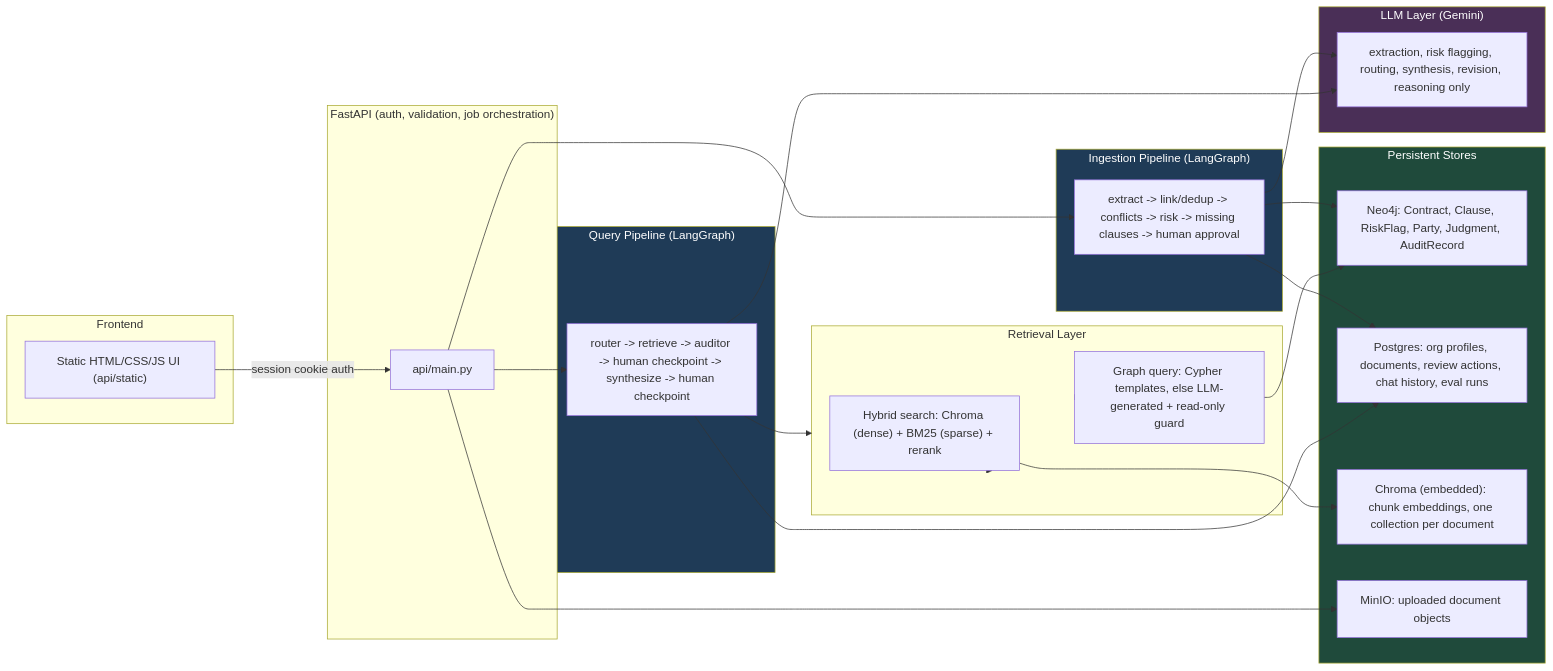
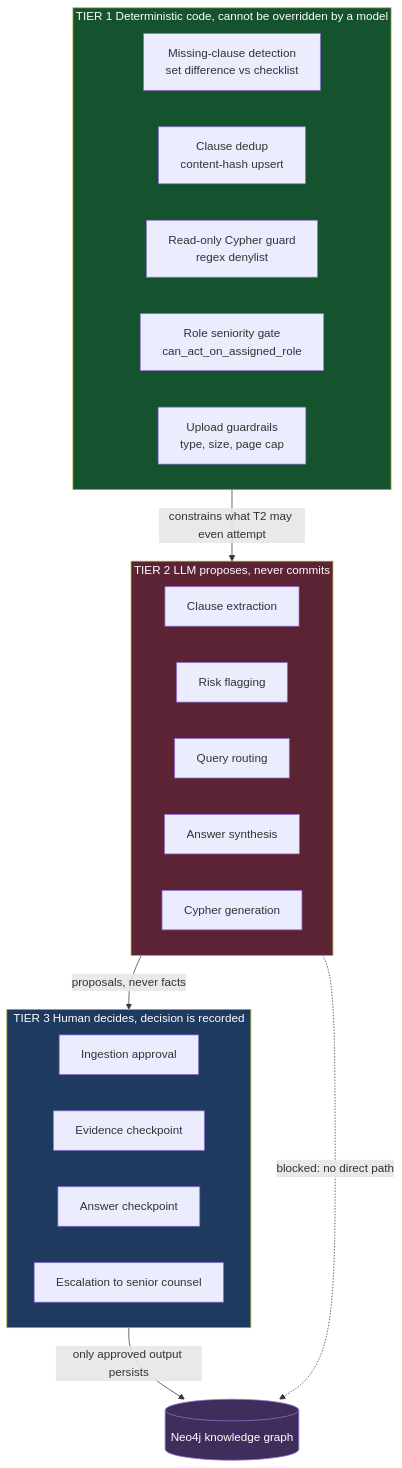
The first of 5 diagrams in README.md (muskaangaur06/counselgraph), drawn with Mermaid before and after one commit. The commit also changed other lines of this file, not shown here.

````diff
--- a/README.md
+++ b/README.md
@@ -108,54 +18,38 @@
 ```mermaid
-flowchart LR
-    subgraph UI["Frontend"]
-        FE["Static HTML/CSS/JS UI (api/static)"]
+flowchart TB
+    subgraph T1["TIER 1  Deterministic code, cannot be overridden by a model"]
+        direction LR
+        D1["Missing-clause detection<br/>set difference vs checklist"]
+        D2["Clause dedup<br/>content-hash upsert"]
+        D3["Read-only Cypher guard<br/>regex denylist"]
+        D4["Role seniority gate<br/>can_act_on_assigned_role"]
+        D5["Upload guardrails<br/>type, size, page cap"]
     end
 
-    subgraph API_LAYER["FastAPI (auth, validation, job orchestration)"]
-        API["api/main.py"]
+    subgraph T2["TIER 2  LLM proposes, never commits"]
+        direction LR
+        L1["Clause extraction"]
+        L2["Risk flagging"]
+        L3["Query routing"]
+        L4["Answer synthesis"]
+        L5["Cypher generation"]
     end
 
-    subgraph INGEST["Ingestion Pipeline (LangGraph)"]
-        ING["extract -> link/dedup -> conflicts -> risk -> missing clauses -> human approval"]
+    subgraph T3["TIER 3  Human decides, decision is recorded"]
+        direction LR
+        H1["Ingestion approval"]
+        H2["Evidence checkpoint"]
+        H3["Answer checkpoint"]
+        H4["Escalation to senior counsel"]
     end
 
-    subgraph QUERY["Query Pipeline (LangGraph)"]
-        Q["router -> retrieve -> auditor -> human checkpoint -> synthesize -> human checkpoint"]
-    end
+    T2 -->|"proposals, never facts"| T3
+    T1 -->|"constrains what T2 may even attempt"| T2
+    T3 -->|"only approved output persists"| STORE[("Neo4j knowledge graph")]
+    T2 -.->|"blocked: no direct path"| STORE
 
-    subgraph RETRIEVAL["Retrieval Layer"]
-        HYB["Hybrid search: Chroma (dense) + BM25 (sparse) + rerank"]
-        GRAPH["Graph query: Cypher templates, else LLM-generated + read-only guard"]
-    end
-
-    subgraph TRUTH["Persistent Stores"]
-        NEO["Neo4j: Contract, Clause, RiskFlag, Party, Judgment, AuditRecord"]
-        PG["Postgres: org profiles, documents, review actions, chat history, eval runs"]
-        CHROMA["Chroma (embedded): chunk embeddings, one collection per document"]
-        MINIO["MinIO: uploaded document objects"]
-    end
-
-    subgraph LLM["LLM Layer (Gemini)"]
-        GEN["extraction, risk flagging, routing, synthesis, revision, reasoning only"]
-    end
-
-    FE -->|session cookie auth| API
-    API --> ING
-    API --> Q
-    ING --> GEN
-    ING --> NEO
-    ING --> PG
-    Q --> RETRIEVAL
-    RETRIEVAL --> HYB
-    RETRIEVAL --> GRAPH
-    HYB --> CHROMA
-    GRAPH --> NEO
-    Q --> GEN
-    Q --> PG
-    API --> MINIO
-
-    style INGEST fill:#1f3b57,color:#ffffff
-    style QUERY fill:#1f3b57,color:#ffffff
-    style LLM fill:#4a2f57,color:#ffffff
-    style TRUTH fill:#1f4a3b,color:#ffffff
+    style T1 fill:#14532d,color:#ffffff
+    style T2 fill:#5b2333,color:#ffffff
+    style T3 fill:#1e3a5f,color:#ffffff
+    style STORE fill:#3f2d5c,color:#ffffff
 ```
````
